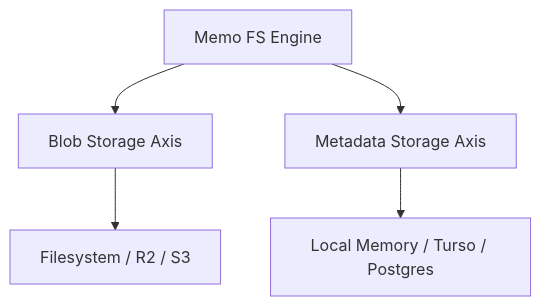
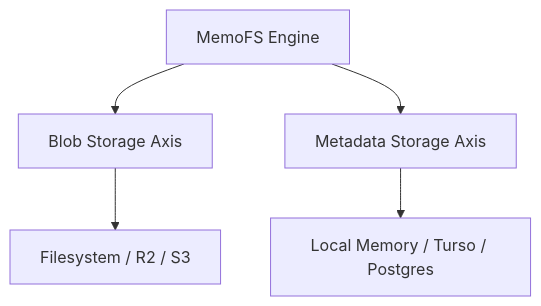
One commit to memo-fs/memofs changed the diagram in apps/docs/configure/storage.md. Above: the diagram before and after it, drawn with Mermaid. The commit also changed other lines of this file and 43 other files, not shown here.

````diff
--- a/apps/docs/configure/storage.md
+++ b/apps/docs/configure/storage.md
@@ -11,8 +11,8 @@
 ```mermaid
 graph TD
-    A[Memo FS Engine] --> B[Blob Storage Axis]
+    A[MemoFS Engine] --> B[Blob Storage Axis]
     A --> C[Metadata Storage Axis]
     
     B --> D[Filesystem / R2 / S3]
     C --> E[Local Memory / Turso / Postgres]
 ```
````
